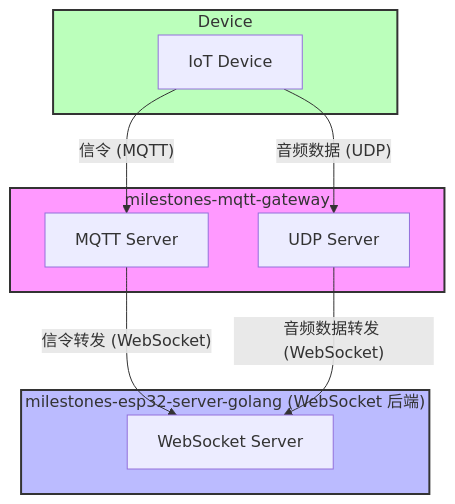
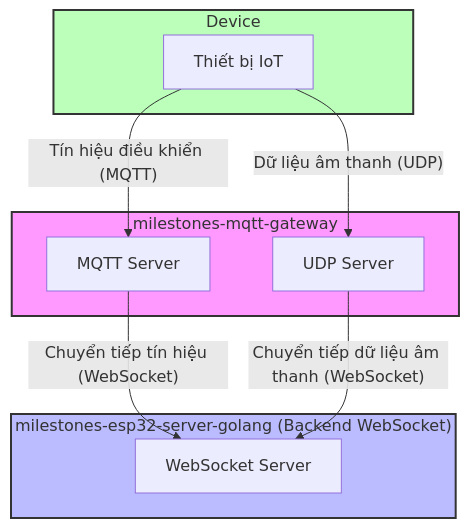
The diagram in doc/mqtt_bridge.md (QuocTho228/milestones-esp32-server-golang), drawn with Mermaid before and after one commit. The commit also changed other lines of this file and 50 other files, not shown here.

````diff
--- a/doc/mqtt_bridge.md
+++ b/doc/mqtt_bridge.md
@@ -12,20 +12,20 @@
 ```mermaid
 flowchart TD
     subgraph Device
-        A["IoT Device"]
+        A["Thiết bị IoT"]
     end
     subgraph MQTT_UDP_Gateway["milestones-mqtt-gateway"]
         B["MQTT Server"]
         C["UDP Server"]
     end
-    subgraph Backend["milestones-esp32-server-golang (WebSocket 后端)"]
+    subgraph Backend["milestones-esp32-server-golang (Backend WebSocket)"]
         D["WebSocket Server"]
     end
-    A -- "信令 (MQTT)" --> B
-    A -- "音频数据 (UDP)" --> C
-    B -- "信令转发 (WebSocket)" --> D
-    C -- "音频数据转发 (WebSocket)" --> D
+    A -- "Tín hiệu điều khiển (MQTT)" --> B
+    A -- "Dữ liệu âm thanh (UDP)" --> C
+    B -- "Chuyển tiếp tín hiệu (WebSocket)" --> D
+    C -- "Chuyển tiếp dữ liệu âm thanh (WebSocket)" --> D
     style MQTT_UDP_Gateway fill:#f9f,stroke:#333,stroke-width:2
     style Backend fill:#bbf,stroke:#333,stroke-width:2
     style Device fill:#bfb,stroke:#333,stroke-width:2
 ```
````
